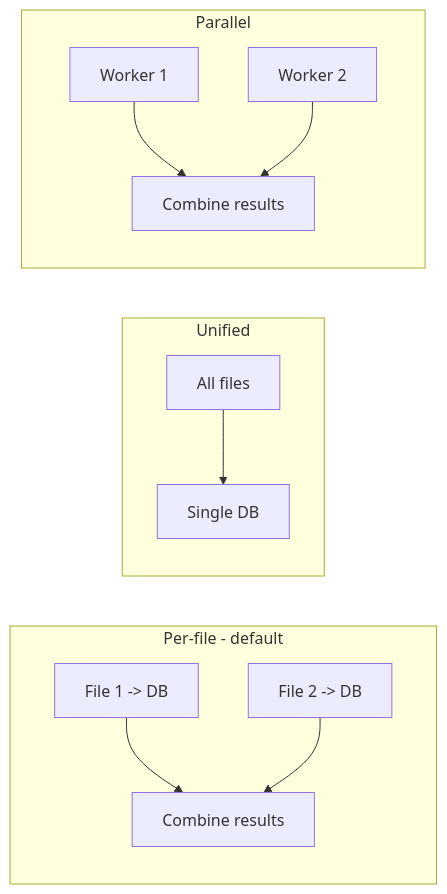
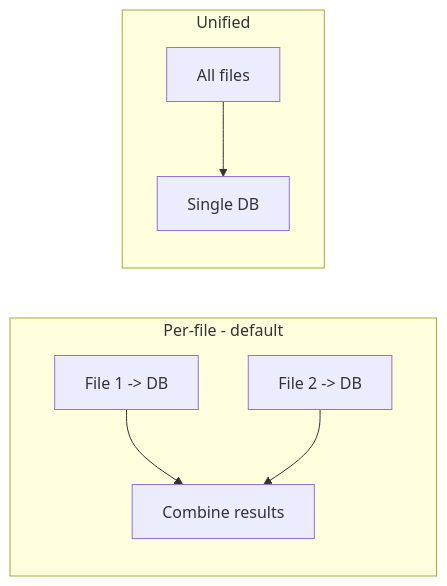
Before and after one commit to wagga40/Zircolite: the third of 3 diagrams in docs/Internals.md, drawn with Mermaid. The commit also changed other lines of this file and 21 other files, not shown here.

````diff
--- a/docs/Internals.md
+++ b/docs/Internals.md
@@ -67,16 +67,11 @@
 ```mermaid
 flowchart LR
     subgraph PerFile[Per-file - default]
         P1[File 1 -> DB] --> P3[Combine results]
         P2[File 2 -> DB] --> P3
     end
 
     subgraph Unified[Unified]
         U1[All files] --> U2[Single DB]
     end
-
-    subgraph Parallel[Parallel]
-        R1[Worker 1] --> R3[Combine results]
-        R2[Worker 2] --> R3
-    end
 ```
````
